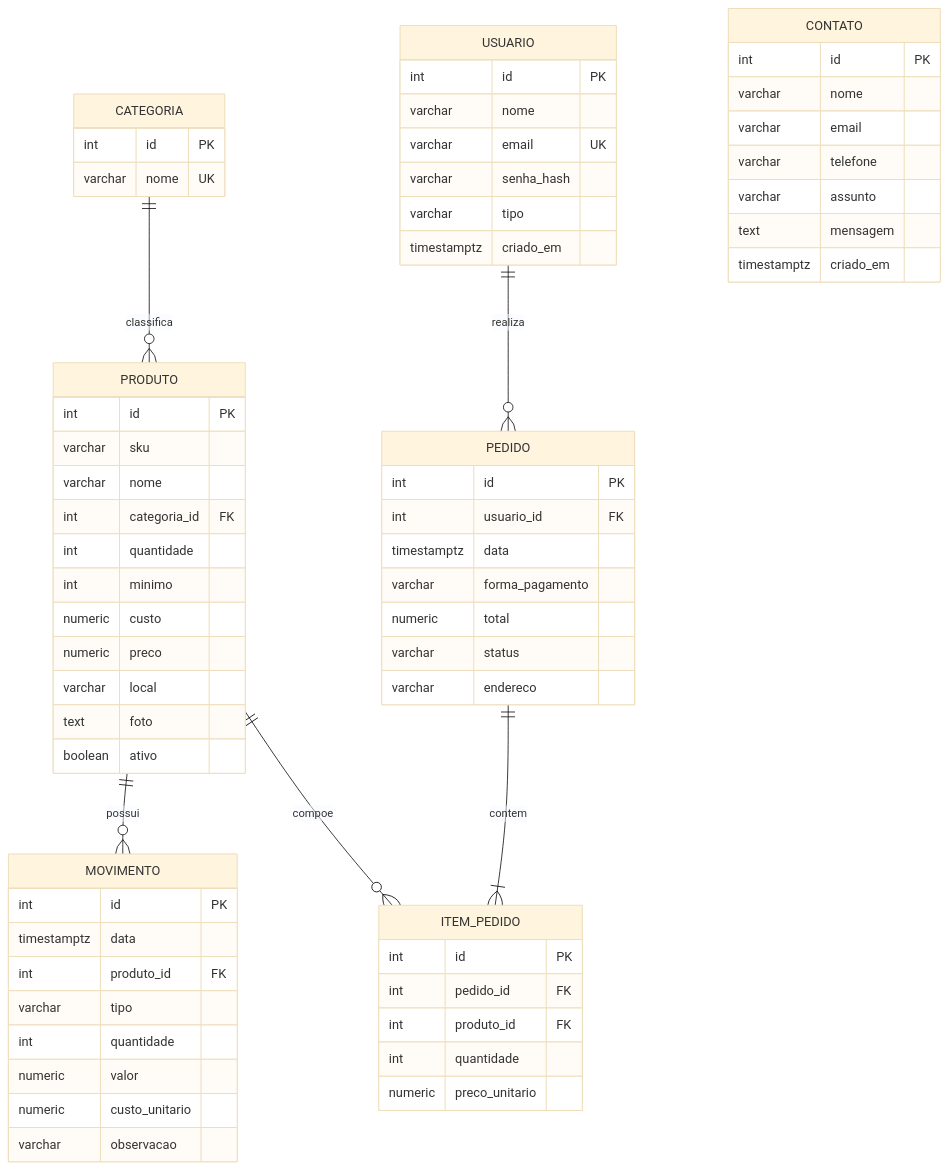
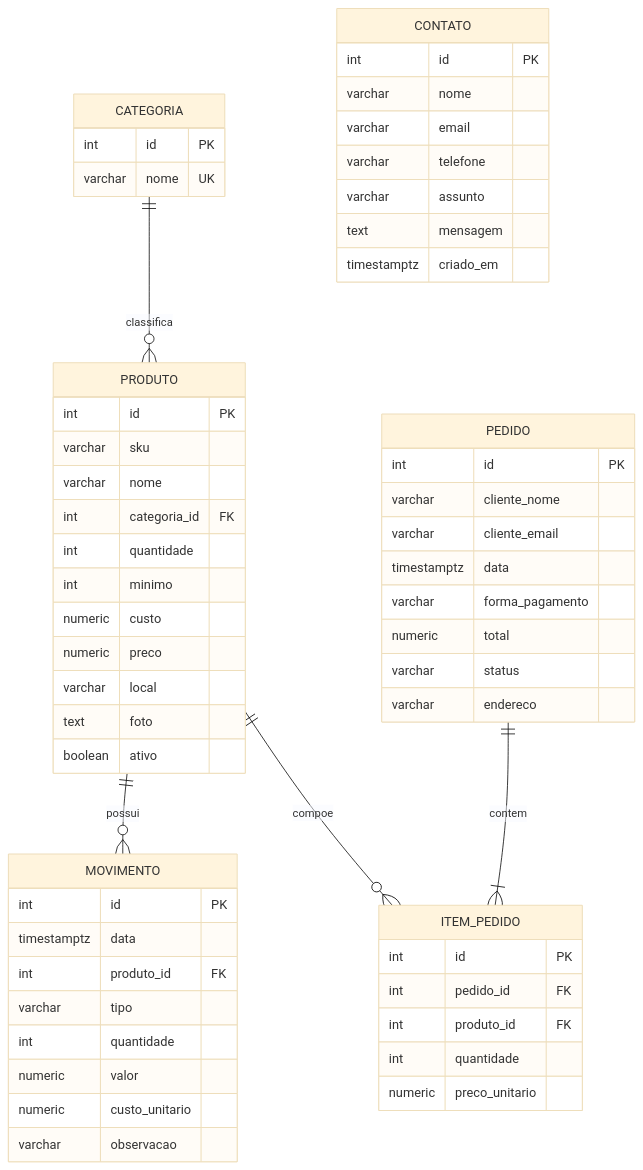
Before and after one commit to natanlira10/TecnoCaixa01: the diagram in docs/der.md, drawn with Mermaid (base theme). The commit also changed other lines of this file and 18 other files, not shown here.

````diff
--- a/docs/der.md
+++ b/docs/der.md
@@ -7,69 +7,61 @@
 ```mermaid
 erDiagram
     CATEGORIA ||--o{ PRODUTO : classifica
     PRODUTO   ||--o{ MOVIMENTO : possui
-    USUARIO   ||--o{ PEDIDO : realiza
     PEDIDO    ||--|{ ITEM_PEDIDO : contem
     PRODUTO   ||--o{ ITEM_PEDIDO : compoe
 
     CATEGORIA {
         int id PK
         varchar nome UK
     }
     PRODUTO {
         int id PK
         varchar sku
         varchar nome
         int categoria_id FK
         int quantidade
         int minimo
         numeric custo
         numeric preco
         varchar local
         text foto
         boolean ativo
     }
     MOVIMENTO {
         int id PK
         timestamptz data
         int produto_id FK
         varchar tipo
         int quantidade
         numeric valor
         numeric custo_unitario
         varchar observacao
     }
-    USUARIO {
-        int id PK
-        varchar nome
-        varchar email UK
-        varchar senha_hash
-        varchar tipo
-        timestamptz criado_em
-    }
     PEDIDO {
         int id PK
-        int usuario_id FK
+        varchar cliente_nome
+        varchar cliente_email
         timestamptz data
         varchar forma_pagamento
         numeric total
         varchar status
         varchar endereco
     }
     ITEM_PEDIDO {
         int id PK
         int pedido_id FK
         int produto_id FK
         int quantidade
         numeric preco_unitario
     }
     CONTATO {
         int id PK
         varchar nome
         varchar email
         varchar telefone
         varchar assunto
         text mensagem
         timestamptz criado_em
     }
 ```
````
